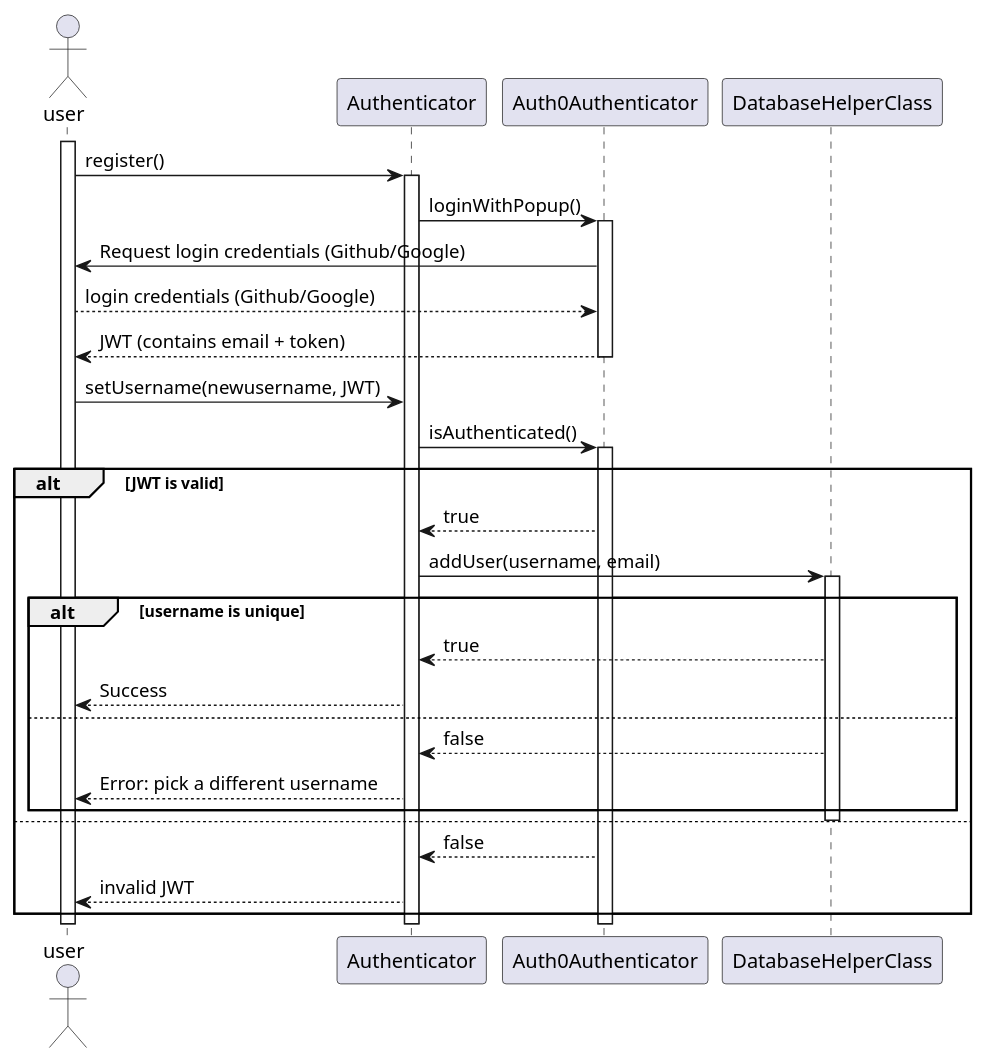
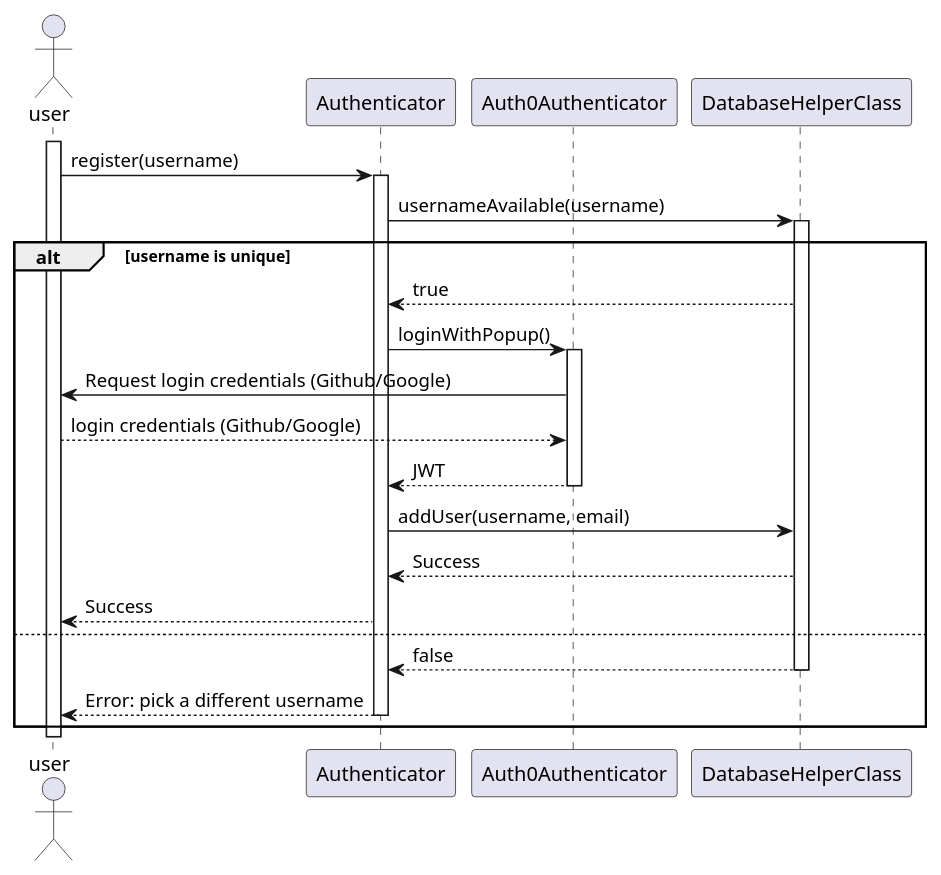
One commit to PolyPong/PolyPong changed the diagram in doc/sequencediagrams/fr1.puml. Above: the diagram before and after it, drawn with PlantUML.

Commit message:
hopefully last time updating fr1sequence

```diff
--- a/doc/sequencediagrams/fr1.puml
+++ b/doc/sequencediagrams/fr1.puml
@@ -1,40 +1,34 @@
 @startuml
 actor user
 
 participant Authenticator as a
 participant Auth0Authenticator as auth0
 participant DatabaseHelperClass as db
 
 activate user
-        user -> a: register()
+        user -> a: register(username)
         activate a
-                a -> auth0: loginWithPopup()
-                activate auth0
+                        a -> db: usernameAvailable(username)
+                        activate db
+                                alt username is unique
+                                   db --> a: true
+a -> auth0: loginWithPopup()
+activate auth0
+          
                         auth0 -> user: Request login credentials (Github/Google)
                         user --> auth0: login credentials (Github/Google)
-                        auth0 --> user: JWT (contains email + token)
-                deactivate auth0
-                user -> a: setUsername(newusername, JWT)
-                a -> auth0: isAuthenticated()
-                activate auth0
-                alt JWT is valid
-                        auth0 --> a: true
-                        a -> db: addUser(username, email)
-                        activate db
-                                alt username is unique
-                                        db --> a: true
+auth0 --> a: JWT
+deactivate auth0
+a -> db: addUser(username, email)
+db --> a: Success
                                         a --> user: Success
                                 else
                                         db --> a: false
+deactivate db
                                         a --> user: Error: pick a different username
+deactivate a
                                 end
-                        deactivate db
-                else
-                        auth0 --> a: false
-                        a --> user: invalid JWT
-                        end
-                        deactivate auth0
+                
 
-                deactivate a
 deactivate user
 @enduml
```
